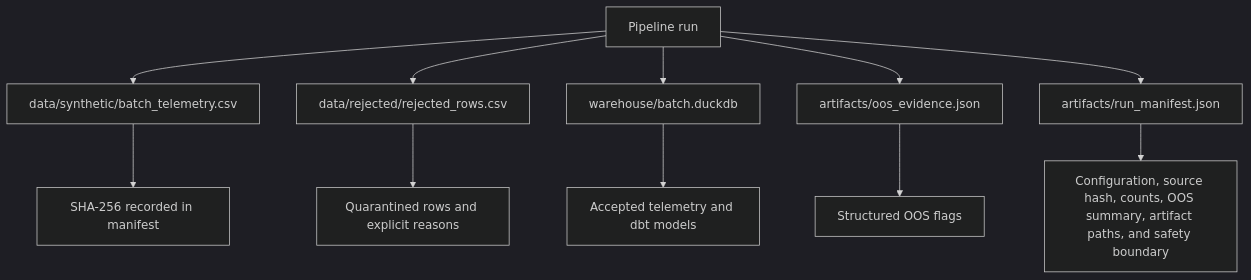
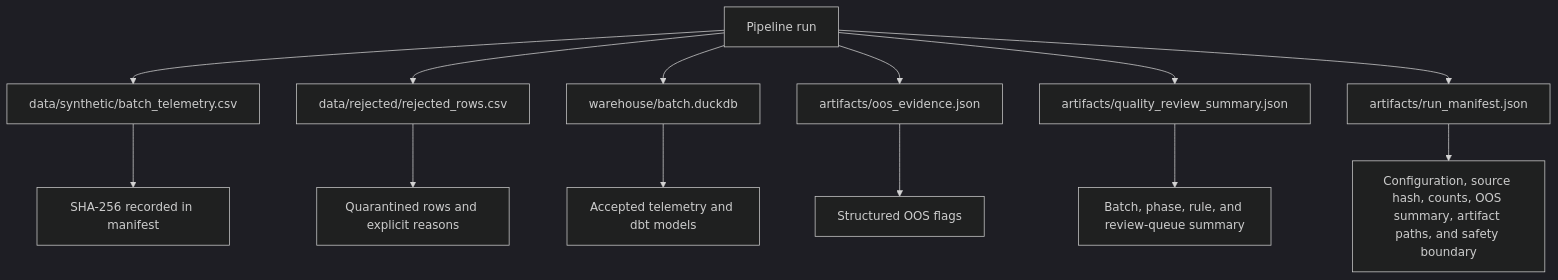
The second of 4 diagrams in README.md (alianisreyesr/gxp-batch-data-pipeline), drawn with Mermaid (dark theme) before and after one commit. The commit also changed other lines of this file and 6 other files, not shown here.

First line of the commit message:
feat: add a batch-quality review summary

````diff
--- a/README.md
+++ b/README.md
@@ -99,14 +100,16 @@
 ```mermaid
 flowchart TB
   R["Pipeline run"]
   R --> A["data/synthetic/batch_telemetry.csv"]
   A --> AA["SHA-256 recorded in manifest"]
   R --> B["data/rejected/rejected_rows.csv"]
   B --> BB["Quarantined rows and explicit reasons"]
   R --> C["warehouse/batch.duckdb"]
   C --> CC["Accepted telemetry and dbt models"]
   R --> D["artifacts/oos_evidence.json"]
   D --> DD["Structured OOS flags"]
+  R --> Q["artifacts/quality_review_summary.json"]
+  Q --> QQ["Batch, phase, rule, and review-queue summary"]
   R --> E["artifacts/run_manifest.json"]
   E --> EE["Configuration, source hash, counts, OOS summary, artifact paths, and safety boundary"]
 ```
````
